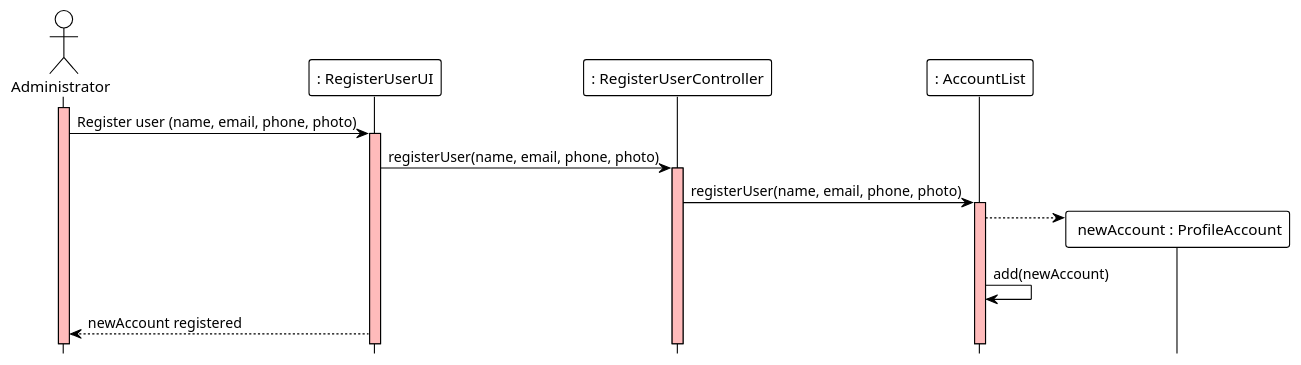
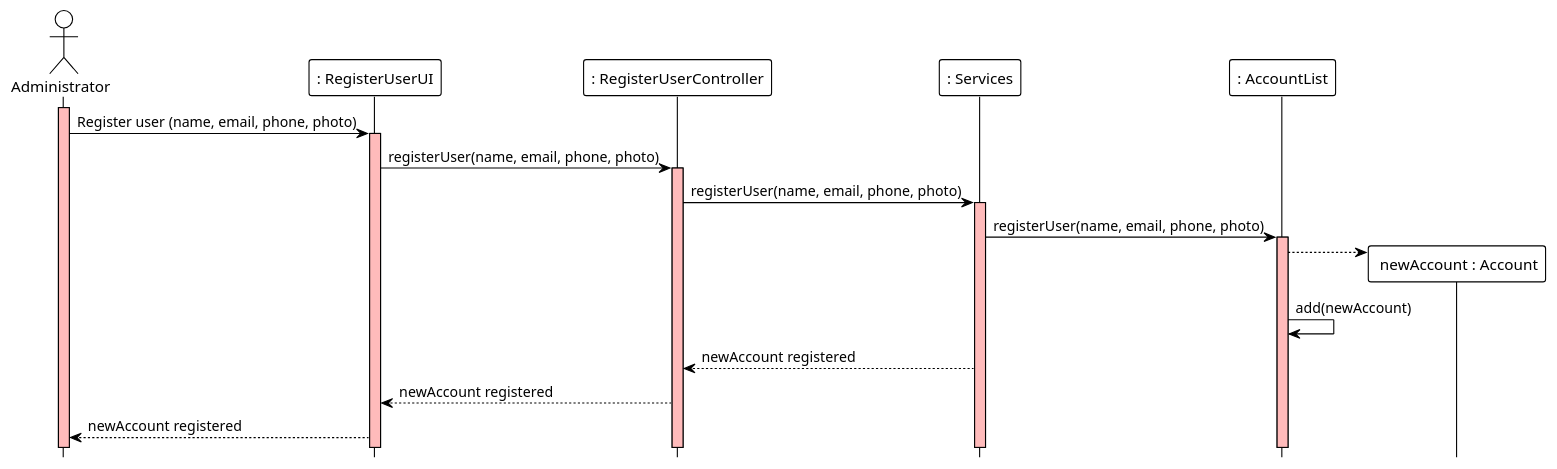
Before and after one commit to ivo-menezes/project_g3: the diagram in docs/modelling_design/user_stories/us002/US002_RegisterUserSD.puml, drawn with PlantUML.

Commit message:
US002: Design: Update Register User SD

```diff
--- a/docs/modelling_design/user_stories/us002/US002_RegisterUserSD.puml
+++ b/docs/modelling_design/user_stories/us002/US002_RegisterUserSD.puml
@@ -1,21 +1,28 @@
 @startuml
 !theme plain
 hide footbox
 actor Administrator  as Administrator
 participant ": RegisterUserUI" as UI
 participant ": RegisterUserController" as Controller
+participant ": Services" as Services
 participant ": AccountList" as List
 
 activate Administrator #FFBBBB
 Administrator ->  UI : Register user (name, email, phone, photo)
 activate UI #FFBBBB
 UI -> Controller : registerUser(name, email, phone, photo)
 activate Controller #FFBBBB
-Controller -> List : registerUser(name, email, phone, photo)
+Controller -> Services : registerUser(name, email, phone, photo)
+activate Services #FFBBBB
+Services-> List : registerUser(name, email, phone, photo)
 activate List #FFBBBB
 
-List -->" newAccount : ProfileAccount" **
+
+List -->" newAccount : Account" **
 List -> List : add(newAccount)
 
+Services --> Controller : newAccount registered
+Controller --> UI : newAccount registered
 UI --> Administrator : newAccount registered
+
 @enduml
```
